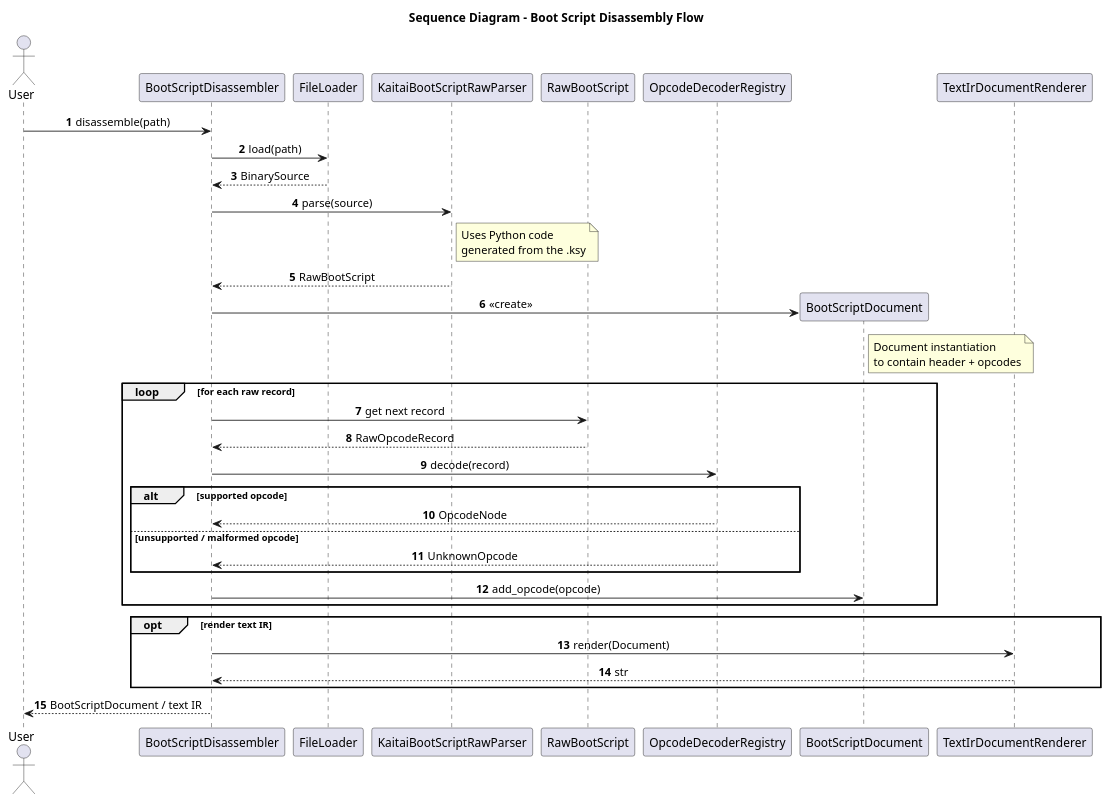
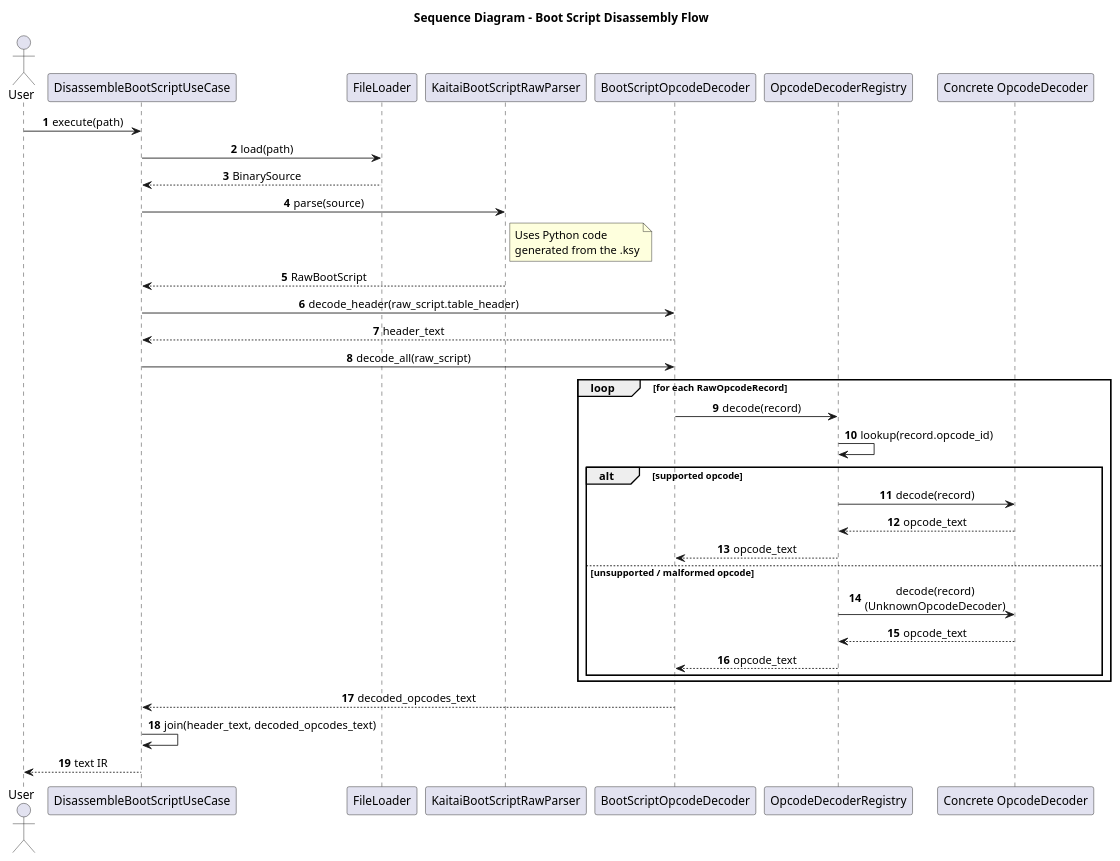
One commit to AguTrachta/s3bootscript-analyzer changed the diagram in docs/diagrams/dissasembler_sequence_diagram.puml. Above: the diagram before and after it, drawn with PlantUML. The commit also changed 3 other files, not shown here.

Commit message:
refactor(diagrams): design changed to a direct text output after decoding

```diff
--- a/docs/diagrams/dissasembler_sequence_diagram.puml
+++ b/docs/diagrams/dissasembler_sequence_diagram.puml
@@ -1,58 +1,53 @@
 @startuml
 title Sequence Diagram - Boot Script Disassembly Flow
 
 autonumber
 skinparam shadowing false
 skinparam sequenceMessageAlign center
 skinparam responseMessageBelowArrow true
 
 actor User
-participant "BootScriptDisassembler" as Disassembler
+participant "DisassembleBootScriptUseCase" as UseCase
 participant "FileLoader" as FileLoader
 participant "KaitaiBootScriptRawParser" as RawParser
-participant "RawBootScript" as RawBootScript
+participant "BootScriptOpcodeDecoder" as ScriptDecoder
 participant "OpcodeDecoderRegistry" as Registry
-participant "BootScriptDocument" as Document
-participant "TextIrDocumentRenderer" as Renderer
+participant "Concrete OpcodeDecoder" as ConcreteDecoder
 
-User -> Disassembler : disassemble(path)
+User -> UseCase : execute(path)
 
-Disassembler -> FileLoader : load(path)
-FileLoader --> Disassembler : BinarySource
+UseCase -> FileLoader : load(path)
+FileLoader --> UseCase : BinarySource
 
-Disassembler -> RawParser : parse(source)
+UseCase -> RawParser : parse(source)
 note right of RawParser
   Uses Python code
   generated from the .ksy
 end note
-RawParser --> Disassembler : RawBootScript
+RawParser --> UseCase : RawBootScript
 
-create Document
-Disassembler -> Document : <<create>>
-note right of Document
-  Document instantiation
-  to contain header + opcodes
-end note
+UseCase -> ScriptDecoder : decode_header(raw_script.table_header)
+ScriptDecoder --> UseCase : header_text
 
-loop for each raw record
-  Disassembler -> RawBootScript : get next record
-  RawBootScript --> Disassembler : RawOpcodeRecord
+UseCase -> ScriptDecoder : decode_all(raw_script)
 
-  Disassembler -> Registry : decode(record)
+loop for each RawOpcodeRecord
+  ScriptDecoder -> Registry : decode(record)
+  Registry -> Registry : lookup(record.opcode_id)
 
   alt supported opcode
-    Registry --> Disassembler : OpcodeNode
+    Registry -> ConcreteDecoder : decode(record)
+    ConcreteDecoder --> Registry : opcode_text
+    Registry --> ScriptDecoder : opcode_text
   else unsupported / malformed opcode
-    Registry --> Disassembler : UnknownOpcode
+    Registry -> ConcreteDecoder : decode(record)\n(UnknownOpcodeDecoder)
+    ConcreteDecoder --> Registry : opcode_text
+    Registry --> ScriptDecoder : opcode_text
   end
-
-  Disassembler -> Document : add_opcode(opcode)
 end
 
-opt render text IR
-  Disassembler -> Renderer : render(Document)
-  Renderer --> Disassembler : str
-end
+ScriptDecoder --> UseCase : decoded_opcodes_text
 
-Disassembler --> User : BootScriptDocument / text IR
+UseCase -> UseCase : join(header_text, decoded_opcodes_text)
+UseCase --> User : text IR
 @enduml
```
